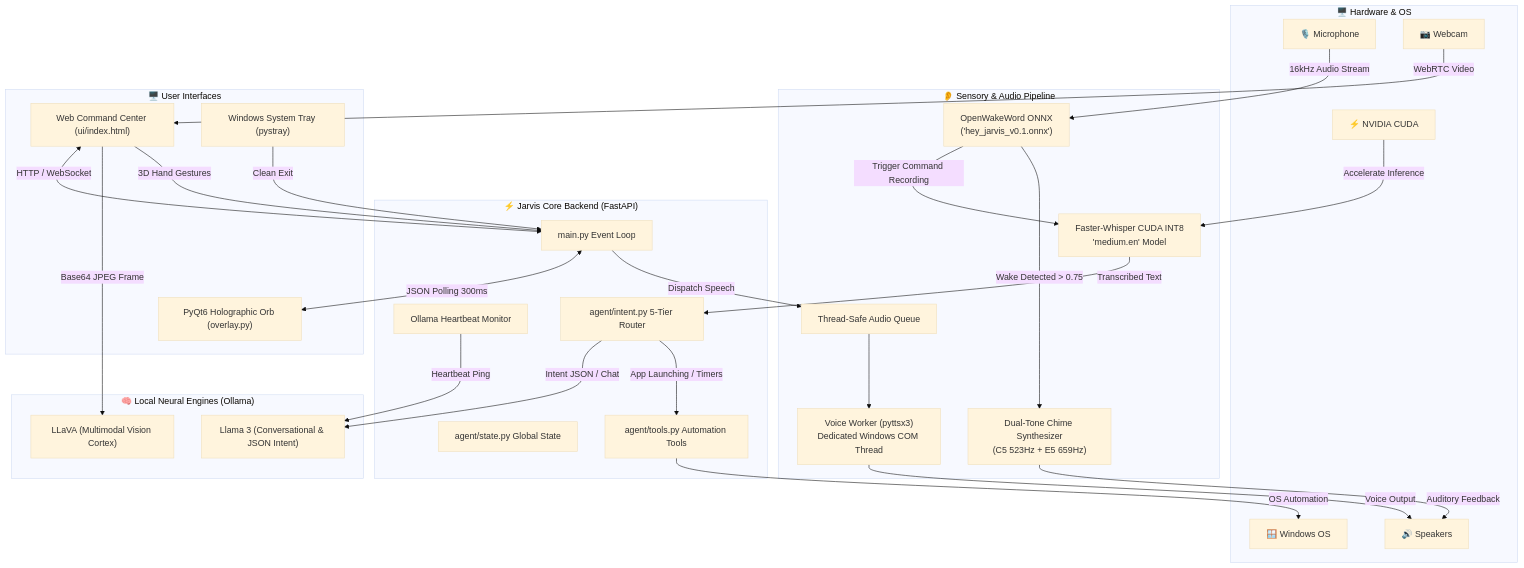
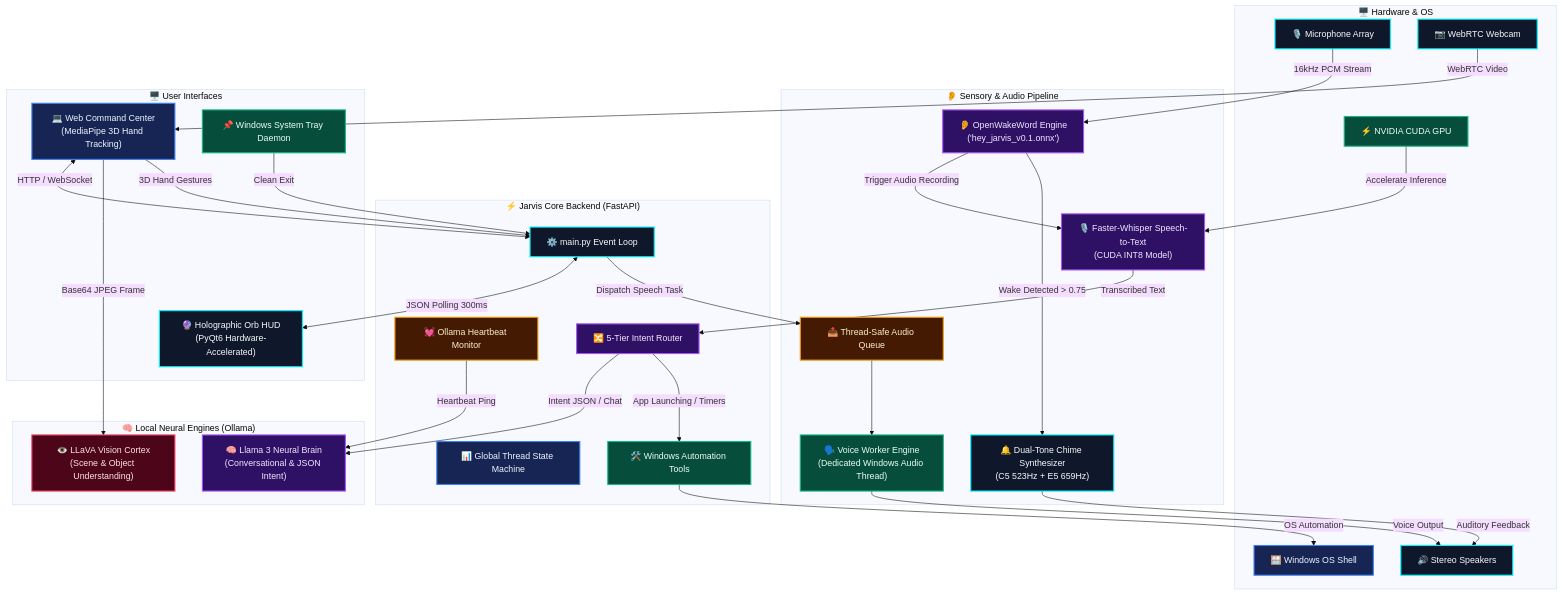
Before and after one commit to Parth-Chavan-15/Jarvis_Core: the first of 6 diagrams in README.md, drawn with Mermaid (base theme). The commit also changed other lines of this file, not shown here.

Commit message:
docs: streamline README, add vibrant color-coded flowcharts, remove redundant sections, and polish styling

````diff
--- a/README.md
+++ b/README.md
@@ -176,61 +176,68 @@
 ```mermaid
 flowchart TD
+    classDef cyan fill:#0f172a,stroke:#00f3ff,stroke-width:2px,color:#f8fafc;
+    classDef purple fill:#2e1065,stroke:#a855f7,stroke-width:2px,color:#f3e8ff;
+    classDef green fill:#064e3b,stroke:#10b981,stroke-width:2px,color:#ecfdf5;
+    classDef amber fill:#451a03,stroke:#f59e0b,stroke-width:2px,color:#fef3c7;
+    classDef pink fill:#4c0519,stroke:#f43f5e,stroke-width:2px,color:#ffe4e6;
+    classDef blue fill:#172554,stroke:#3b82f6,stroke-width:2px,color:#eff6ff;
+
     subgraph Hardware ["🖥️ Hardware & OS"]
-        MIC["🎙️ Microphone"]
-        CAM["📷 Webcam"]
-        SPK["🔊 Speakers"]
-        GPU["⚡ NVIDIA CUDA"]
-        OS["🪟 Windows OS"]
+        MIC["🎙️ Microphone Array"]:::cyan
+        CAM["📷 WebRTC Webcam"]:::cyan
+        SPK["🔊 Stereo Speakers"]:::cyan
+        GPU["⚡ NVIDIA CUDA GPU"]:::green
+        OS["🪟 Windows OS Shell"]:::blue
     end
 
     subgraph AudioEngine ["👂 Sensory & Audio Pipeline"]
-        OWW["OpenWakeWord ONNX\n('hey_jarvis_v0.1.onnx')"]
-        CHIME["Dual-Tone Chime Synthesizer\n(C5 523Hz + E5 659Hz)"]
-        FW["Faster-Whisper CUDA INT8\n'medium.en' Model"]
-        TTS["Voice Worker (pyttsx3)\nDedicated Windows COM Thread"]
-        AQUEUE["Thread-Safe Audio Queue"]
+        OWW["👂 OpenWakeWord Engine\n('hey_jarvis_v0.1.onnx')"]:::purple
+        CHIME["🔔 Dual-Tone Chime Synthesizer\n(C5 523Hz + E5 659Hz)"]:::cyan
+        FW["🎙️ Faster-Whisper Speech-to-Text\n(CUDA INT8 Model)"]:::purple
+        TTS["🗣️ Voice Worker Engine\n(Dedicated Windows Audio Thread)"]:::green
+        AQUEUE["📥 Thread-Safe Audio Queue"]:::amber
     end
 
     subgraph Backend ["⚡ Jarvis Core Backend (FastAPI)"]
-        MAIN["main.py Event Loop"]
-        STATE["agent/state.py Global State"]
-        WATCH["Ollama Heartbeat Monitor"]
-        INTENT["agent/intent.py 5-Tier Router"]
-        TOOLS["agent/tools.py Automation Tools"]
+        MAIN["⚙️ main.py Event Loop"]:::cyan
+        STATE["📊 Global Thread State Machine"]:::blue
+        WATCH["💓 Ollama Heartbeat Monitor"]:::amber
+        INTENT["🔀 5-Tier Intent Router"]:::purple
+        TOOLS["🛠️ Windows Automation Tools"]:::green
     end
 
     subgraph AI_Engines ["🧠 Local Neural Engines (Ollama)"]
-        LLM["Llama 3 (Conversational & JSON Intent)"]
-        VISION["LLaVA (Multimodal Vision Cortex)"]
+        LLM["🧠 Llama 3 Neural Brain\n(Conversational & JSON Intent)"]:::purple
+        VISION["👁️ LLaVA Vision Cortex\n(Scene & Object Understanding)"]:::pink
     end
 
     subgraph Interfaces ["🖥️ User Interfaces"]
-        HUD["PyQt6 Holographic Orb (overlay.py)"]
-        UI["Web Command Center (ui/index.html)"]
-        TRAY["Windows System Tray (pystray)"]
+        HUD["🔮 Holographic Orb HUD\n(PyQt6 Hardware-Accelerated)"]:::cyan
+        UI["💻 Web Command Center\n(MediaPipe 3D Hand Tracking)"]:::blue
+        TRAY["📌 Windows System Tray Daemon"]:::green
     end
 
-    MIC -->|16kHz Audio Stream| OWW
+    MIC -->|16kHz PCM Stream| OWW
     OWW -->|Wake Detected > 0.75| CHIME
     CHIME -->|Auditory Feedback| SPK
-    OWW -->|Trigger Command Recording| FW
+    OWW -->|Trigger Audio Recording| FW
     GPU -->|Accelerate Inference| FW
     FW -->|Transcribed Text| INTENT
 
     CAM -->|WebRTC Video| UI
     UI -->|3D Hand Gestures| MAIN
     UI -->|Base64 JPEG Frame| VISION
 
     INTENT -->|App Launching / Timers| TOOLS
     INTENT -->|Intent JSON / Chat| LLM
     TOOLS -->|OS Automation| OS
 
-    MAIN -->|Dispatch Speech| AQUEUE
+    MAIN -->|Dispatch Speech Task| AQUEUE
     AQUEUE --> TTS
     TTS -->|Voice Output| SPK
 
     MAIN <-->|JSON Polling 300ms| HUD
     MAIN <-->|HTTP / WebSocket| UI
     WATCH -->|Heartbeat Ping| LLM
     TRAY -->|Clean Exit| MAIN
 ```
````
